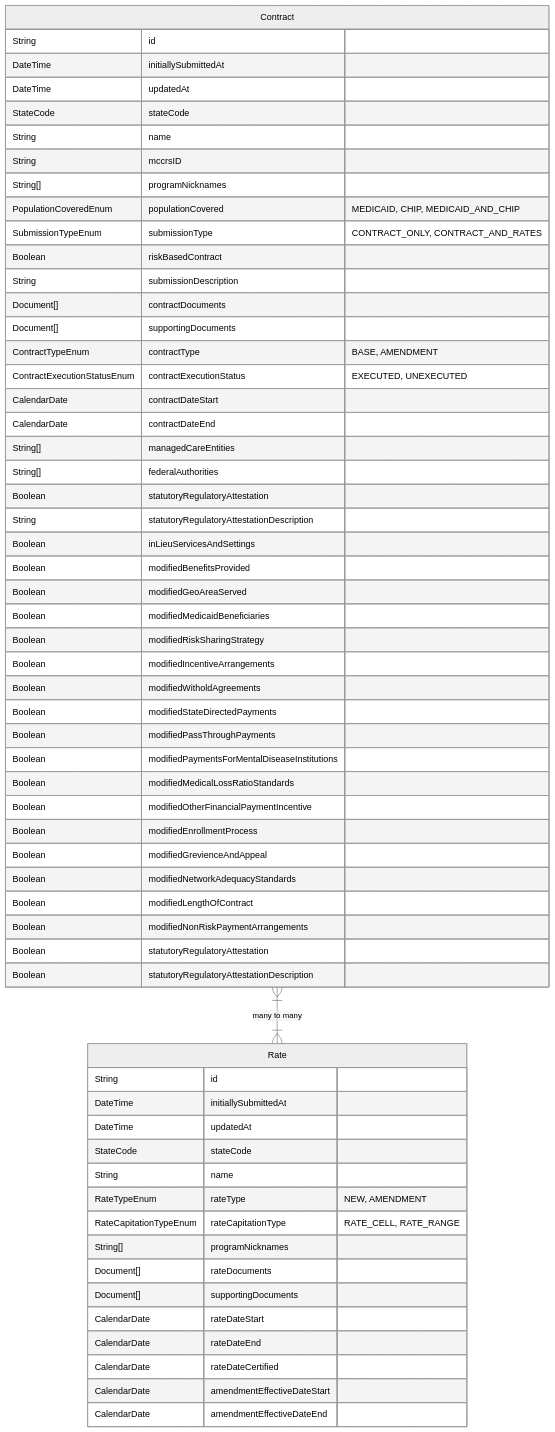
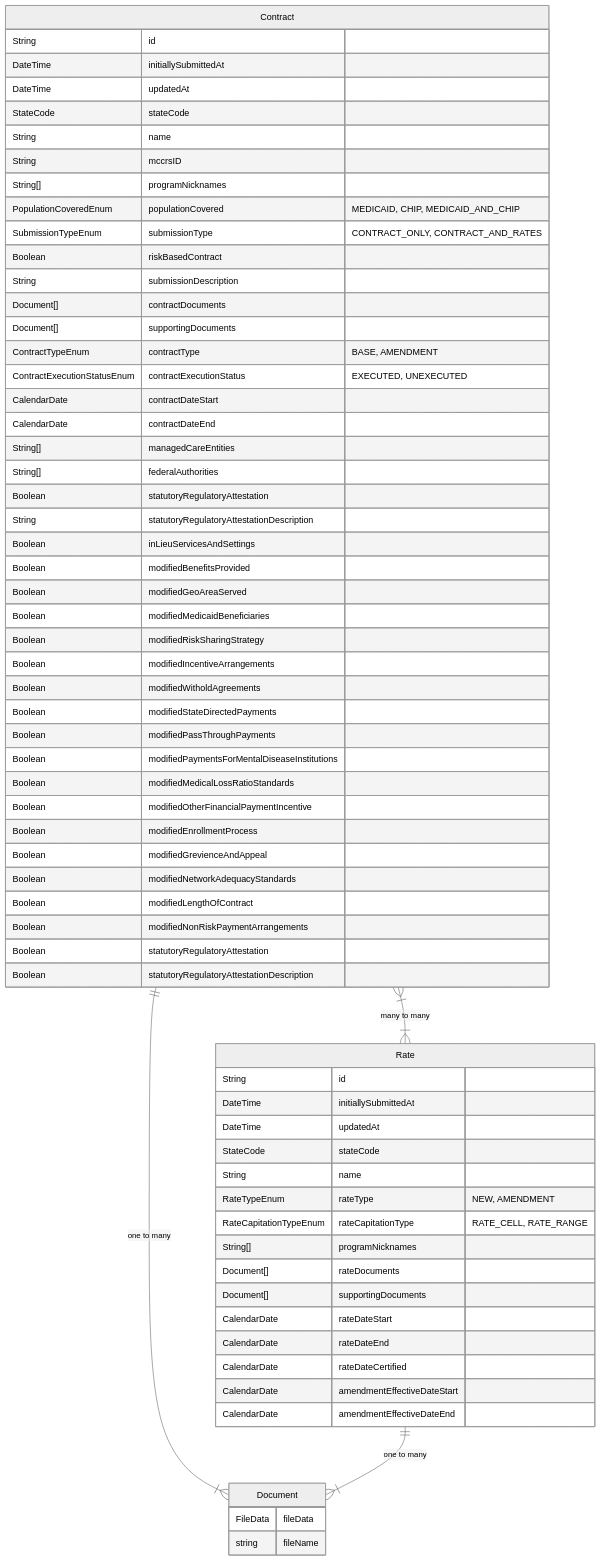
The diagram in docs/contract-rate-non-revision-design.md (Enterprise-CMCS/managed-care-review), drawn with Mermaid (neutral theme) before and after one commit.

````diff
--- a/docs/contract-rate-non-revision-design.md
+++ b/docs/contract-rate-non-revision-design.md
@@ -5,73 +5,80 @@
 ```mermaid
 erDiagram
 
 Contract {
     String id
     DateTime initiallySubmittedAt
     DateTime updatedAt
     StateCode stateCode
     String name
     String mccrsID
 
     String[] programNicknames
     PopulationCoveredEnum populationCovered "MEDICAID, CHIP, MEDICAID_AND_CHIP" 
     SubmissionTypeEnum submissionType "CONTRACT_ONLY, CONTRACT_AND_RATES"
     Boolean riskBasedContract
     String submissionDescription
     Document[] contractDocuments
     Document[] supportingDocuments
     ContractTypeEnum contractType "BASE, AMENDMENT"
     ContractExecutionStatusEnum contractExecutionStatus "EXECUTED, UNEXECUTED"
     CalendarDate contractDateStart
     CalendarDate contractDateEnd
     String[] managedCareEntities
     String[] federalAuthorities
     Boolean statutoryRegulatoryAttestation
     String statutoryRegulatoryAttestationDescription
 
     Boolean inLieuServicesAndSettings
     Boolean modifiedBenefitsProvided
     Boolean modifiedGeoAreaServed
     Boolean modifiedMedicaidBeneficiaries
     Boolean modifiedRiskSharingStrategy
     Boolean modifiedIncentiveArrangements
     Boolean modifiedWitholdAgreements
     Boolean modifiedStateDirectedPayments
     Boolean modifiedPassThroughPayments
     Boolean modifiedPaymentsForMentalDiseaseInstitutions
     Boolean modifiedMedicalLossRatioStandards
     Boolean modifiedOtherFinancialPaymentIncentive
     Boolean modifiedEnrollmentProcess
     Boolean modifiedGrevienceAndAppeal
     Boolean modifiedNetworkAdequacyStandards
     Boolean modifiedLengthOfContract
     Boolean modifiedNonRiskPaymentArrangements
     Boolean statutoryRegulatoryAttestation
     Boolean statutoryRegulatoryAttestationDescription
     
 }
 
 Rate {
     String id
     DateTime initiallySubmittedAt
     DateTime updatedAt
     StateCode stateCode
     String name
     
     RateTypeEnum rateType "NEW, AMENDMENT"
     RateCapitationTypeEnum rateCapitationType "RATE_CELL, RATE_RANGE"
 
     String[] programNicknames
     Document[] rateDocuments
     Document[] supportingDocuments
 
     CalendarDate rateDateStart
     CalendarDate rateDateEnd
     CalendarDate rateDateCertified
     CalendarDate amendmentEffectiveDateStart
     CalendarDate amendmentEffectiveDateEnd
 }
 
+Document {
+    FileData fileData
+    string fileName
+}
+
 
 Contract }|--|{ Rate : "many to many"
+Contract ||--|{ Document : "one to many"
+Rate ||--|{ Document : "one to many"
 ```
````
